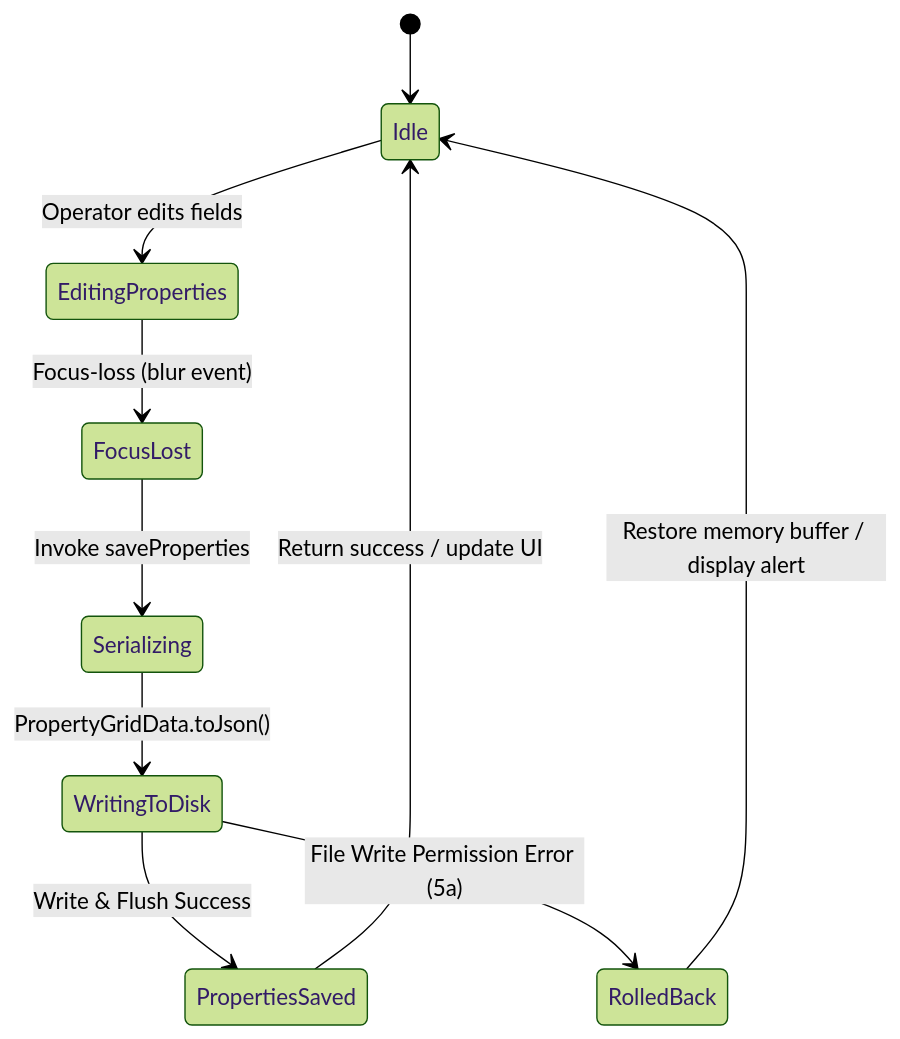
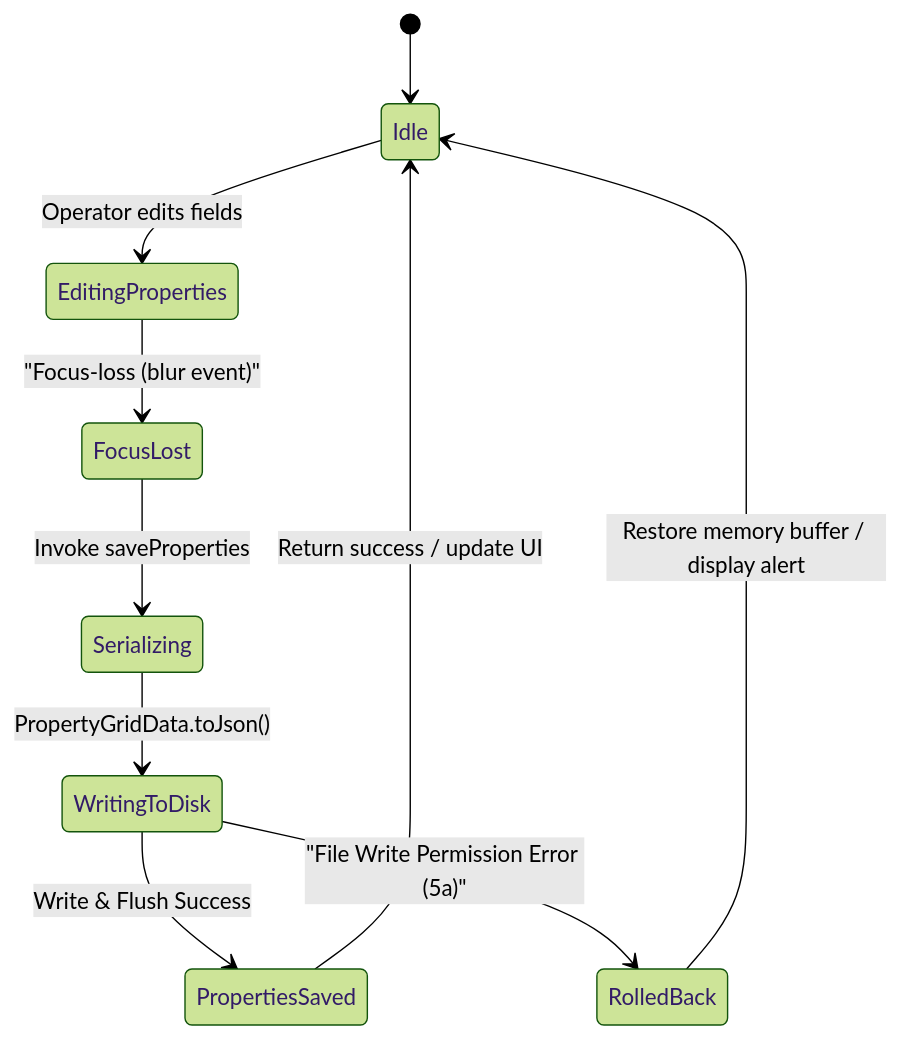
The second of 2 diagrams in .pipeline/domain_specs/uc-01-standalone-local-db.md (gintatkinson/digital-pipeline-repo), drawn with Mermaid (forest theme) before and after one commit. The commit also changed 10 other files, not shown here.

````diff
--- a/.pipeline/domain_specs/uc-01-standalone-local-db.md
+++ b/.pipeline/domain_specs/uc-01-standalone-local-db.md
@@ -55,12 +55,12 @@
 ```mermaid
 stateDiagram-v2
     [*] --> Idle
     Idle --> EditingProperties : Operator edits fields
-    EditingProperties --> FocusLost : Focus-loss (blur event)
+    EditingProperties --> FocusLost : "Focus-loss (blur event)"
     FocusLost --> Serializing : Invoke saveProperties
     Serializing --> WritingToDisk : PropertyGridData.toJson()
     WritingToDisk --> PropertiesSaved : Write & Flush Success
-    WritingToDisk --> RolledBack : File Write Permission Error (5a)
+    WritingToDisk --> RolledBack : "File Write Permission Error (5a)"
     PropertiesSaved --> Idle : Return success / update UI
     RolledBack --> Idle : Restore memory buffer / display alert
 ```
````
